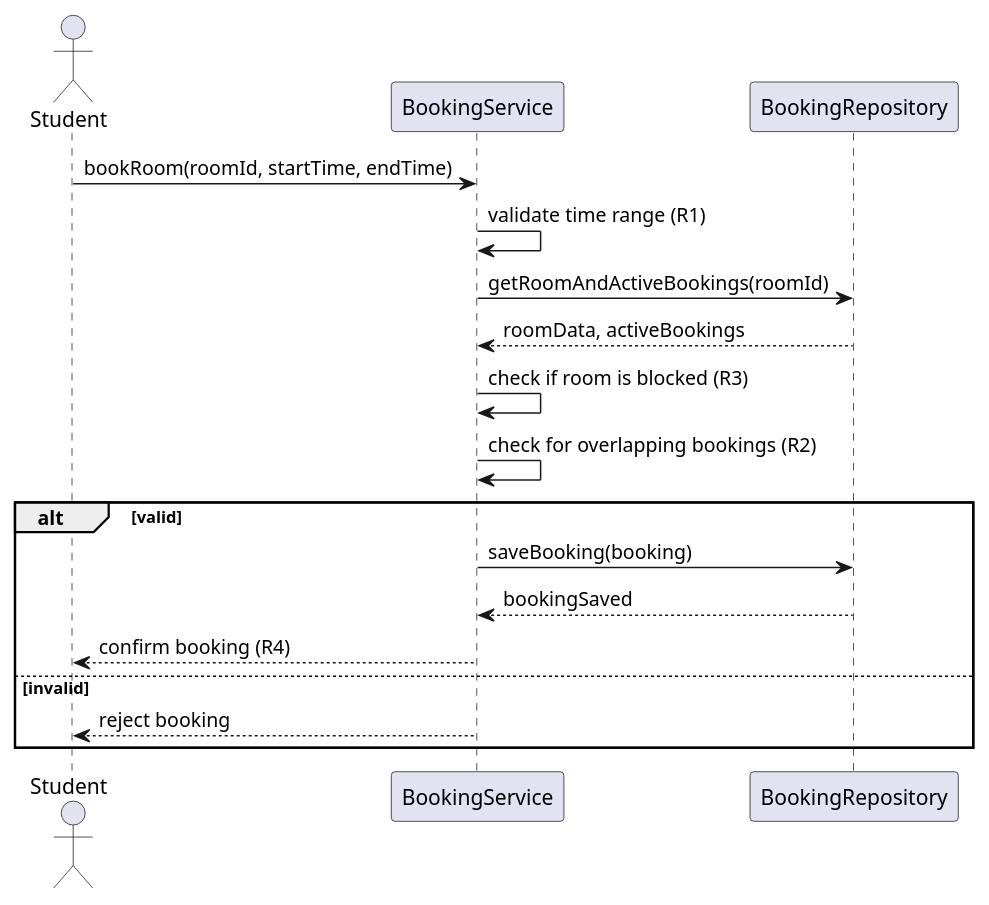
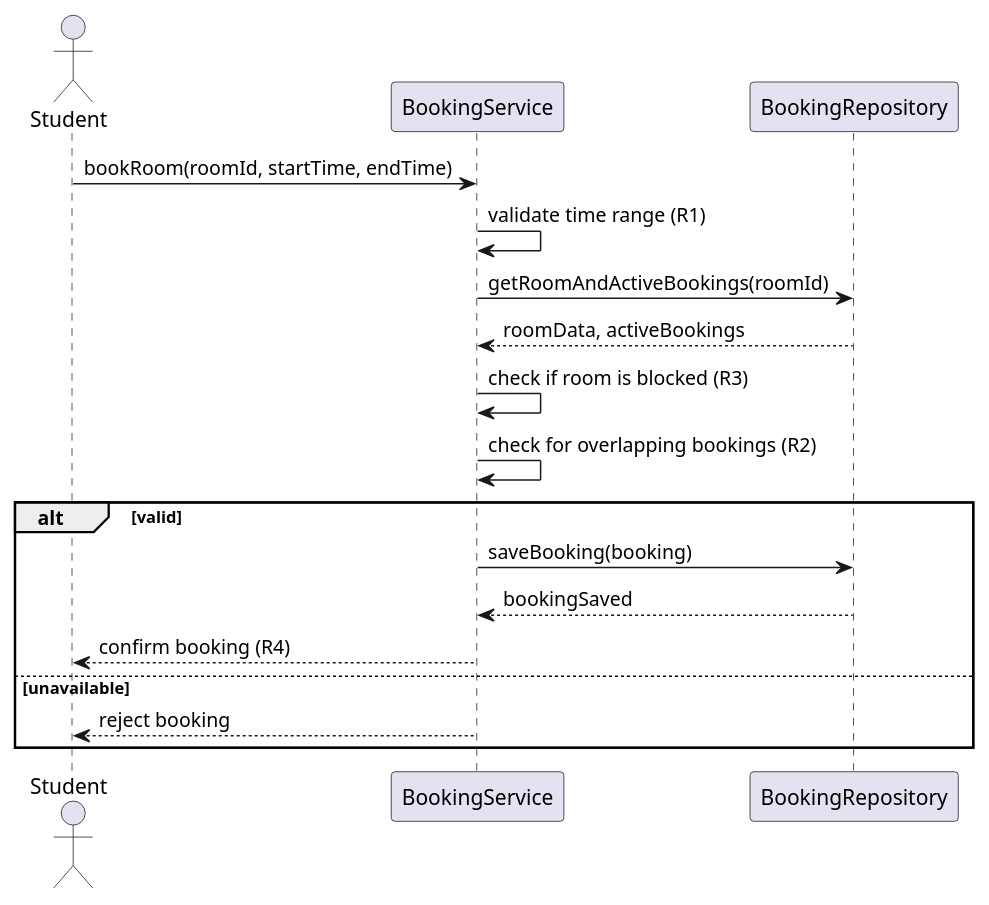
The diagram in week-04/models/sequence.puml (Kazbekio/se-practice), drawn with PlantUML before and after one commit. The commit also changed 1 other file, not shown here.

```diff
--- a/week-04/models/sequence.puml
+++ b/week-04/models/sequence.puml
@@ -1,23 +1,23 @@
 @startuml
 actor Student
 participant BookingService
 participant BookingRepository
 
 Student -> BookingService : bookRoom(roomId, startTime, endTime)
 
 BookingService -> BookingService : validate time range (R1)
 
 BookingService -> BookingRepository : getRoomAndActiveBookings(roomId)
 BookingRepository --> BookingService : roomData, activeBookings
 
 BookingService -> BookingService : check if room is blocked (R3)
 BookingService -> BookingService : check for overlapping bookings (R2)
 
 alt valid
     BookingService -> BookingRepository : saveBooking(booking)
     BookingRepository --> BookingService : bookingSaved
     BookingService --> Student : confirm booking (R4)
-else invalid
+else unavailable
     BookingService --> Student : reject booking
 end
 @enduml
```
